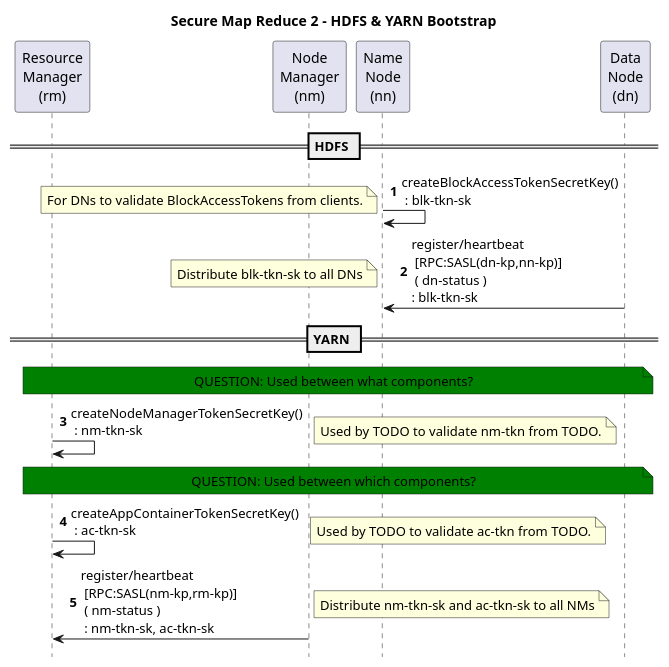
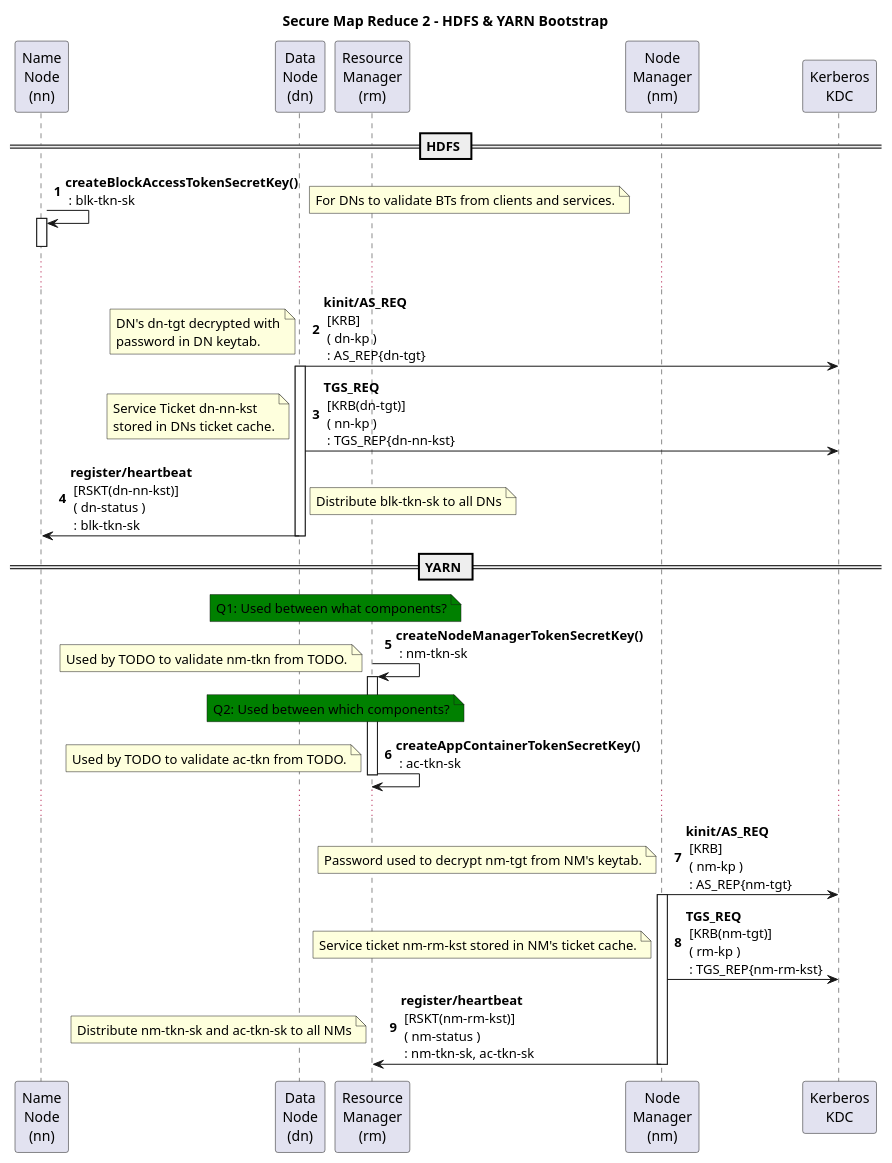
One commit to kminder/puml changed the diagram in hadoop/src/secure-mapreduce2-01-bootstrap.puml. Above: the diagram before and after it, drawn with PlantUML. The commit also changed 7 other files, not shown here.

```diff
--- a/hadoop/src/secure-mapreduce2-01-bootstrap.puml
+++ b/hadoop/src/secure-mapreduce2-01-bootstrap.puml
@@ -1,48 +1,76 @@
 @startuml
 title Secure Map Reduce 2 - HDFS & YARN Bootstrap
 autonumber
-hide footbox
+'hide footbox
 
+participant "Name\nNode\n(nn)" as NN
+participant "Data\nNode\n(dn)" as DN
 'participant "Client\n(c)" as C
 participant "Resource\nManager\n(rm)" as RM
 participant "Node\nManager\n(nm)" as NM
 'participant "Shuffle\nService\n(ss)" as SS
 'participant "History\nServer\n(hs)" as HS
 'participant "Application\nMaster\n(am)" as AM
 'participant "Client\nService\n(cs)" as CS
 'participant "Application\nContainer\n(ac)" as AC #red
 'participant "Task\n(t)" as T #orange
 'participant "File\nSystem\n(fs)" as FS
+participant "Kerberos\nKDC" as KDC
 
-participant "Name\nNode\n(nn)" as NN
-participant "Data\nNode\n(dn)" as DN
 
   'note over RM,DN #green: QUESTION: ?
 
 == HDFS ==
 
 '1
-NN->NN: createBlockAccessTokenSecretKey()\n : blk-tkn-sk
-  note left: For DNs to validate BlockAccessTokens from clients.
+NN->NN: <b>createBlockAccessTokenSecretKey()\n : blk-tkn-sk
+  note right: For DNs to validate BTs from clients and services.
+  activate NN
+  deactivate NN
+
+...
 
 '2
-DN->NN: register/heartbeat\n [RPC:SASL(dn-kp,nn-kp)]\n ( dn-status )\n: blk-tkn-sk
-  note left: Distribute blk-tkn-sk to all DNs
+DN->KDC:<b>kinit/AS_REQ\n [KRB]\n ( dn-kp )\n : AS_REP{dn-tgt}
+  note left: DN's dn-tgt decrypted with\npassword in DN keytab.
+  activate DN
+
+'3
+DN->KDC:<b>TGS_REQ\n [KRB(dn-tgt)]\n ( nn-kp )\n : TGS_REP{dn-nn-kst}
+  note left: Service Ticket dn-nn-kst\nstored in DNs ticket cache.
+
+'4
+DN->NN: <b>register/heartbeat\n [RSKT(dn-nn-kst)]\n ( dn-status )\n : blk-tkn-sk
+  note right: Distribute blk-tkn-sk to all DNs
+  deactivate DN
 
 == YARN ==
+  note over RM,DN #green: Q1: Used between what components?
+'5
+RM->RM:<b>createNodeManagerTokenSecretKey()\n : nm-tkn-sk
+  note left: Used by TODO to validate nm-tkn from TODO.
+  activate RM
 
-  note over RM,DN #green: QUESTION: Used between what components?
-'3
-RM->RM: createNodeManagerTokenSecretKey()\n : nm-tkn-sk
-  note right: Used by TODO to validate nm-tkn from TODO.
+  note over RM,DN #green: Q2: Used between which components?
+'6
+RM->RM:<b>createAppContainerTokenSecretKey()\n : ac-tkn-sk
+  note left: Used by TODO to validate ac-tkn from TODO.
+  deactivate RM
 
-  note over RM,DN #green: QUESTION: Used between which components?
-'4
-RM->RM: createAppContainerTokenSecretKey()\n : ac-tkn-sk
-  note right: Used by TODO to validate ac-tkn from TODO.
+...
 
-'5
-NM->RM: register/heartbeat\n [RPC:SASL(nm-kp,rm-kp)]\n ( nm-status )\n : nm-tkn-sk, ac-tkn-sk
-  note right: Distribute nm-tkn-sk and ac-tkn-sk to all NMs
+'7
+NM->KDC:<b>kinit/AS_REQ\n [KRB]\n ( nm-kp )\n : AS_REP{nm-tgt}
+  note left: Password used to decrypt nm-tgt from NM's keytab.
+  activate NM
+
+'8
+NM->KDC:<b>TGS_REQ\n [KRB(nm-tgt)]\n ( rm-kp )\n : TGS_REP{nm-rm-kst}
+  note left: Service ticket nm-rm-kst stored in NM's ticket cache.
+
+'9
+NM->RM:<b>register/heartbeat\n [RSKT(nm-rm-kst)]\n ( nm-status )\n : nm-tkn-sk, ac-tkn-sk
+  note left: Distribute nm-tkn-sk and ac-tkn-sk to all NMs
+  deactivate NM
 
 @enduml
```
